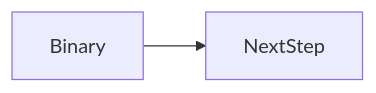
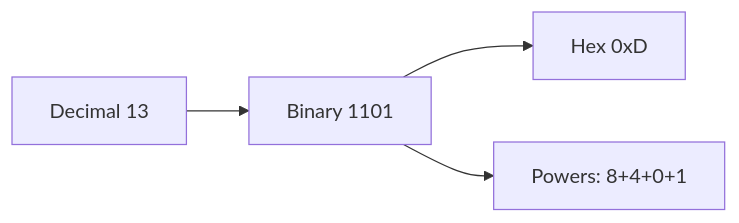
The second of 2 diagrams in docs/en/01-computer-science/binary/index.md (OmidJavaherii/Frontend-Engineering-Handbook), drawn with Mermaid before and after one commit. The commit also changed other lines of this file and 461 other files, not shown here.

````diff
--- a/docs/en/01-computer-science/binary/index.md
+++ b/docs/en/01-computer-science/binary/index.md
@@ -94,4 +148,6 @@
 ```mermaid
 flowchart LR
-  concept[Binary] --> nextStep[NextStep]
+  d[Decimal 13] --> b["Binary 1101"]
+  b --> h["Hex 0xD"]
+  b --> bits[Powers: 8+4+0+1]
 ```
````
